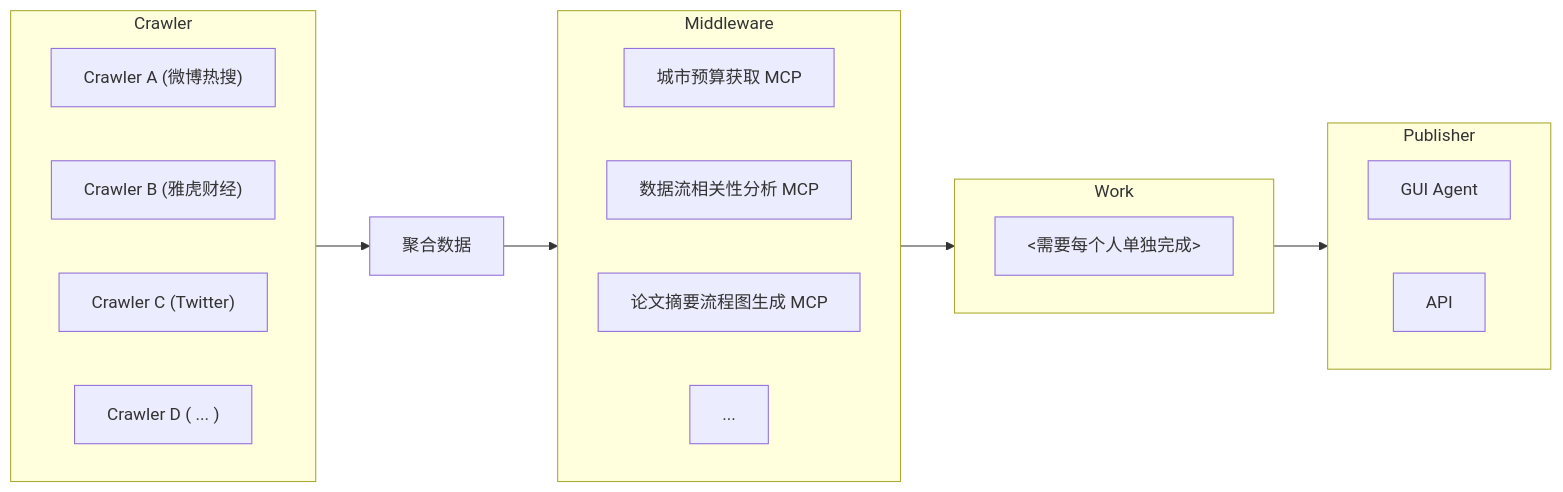
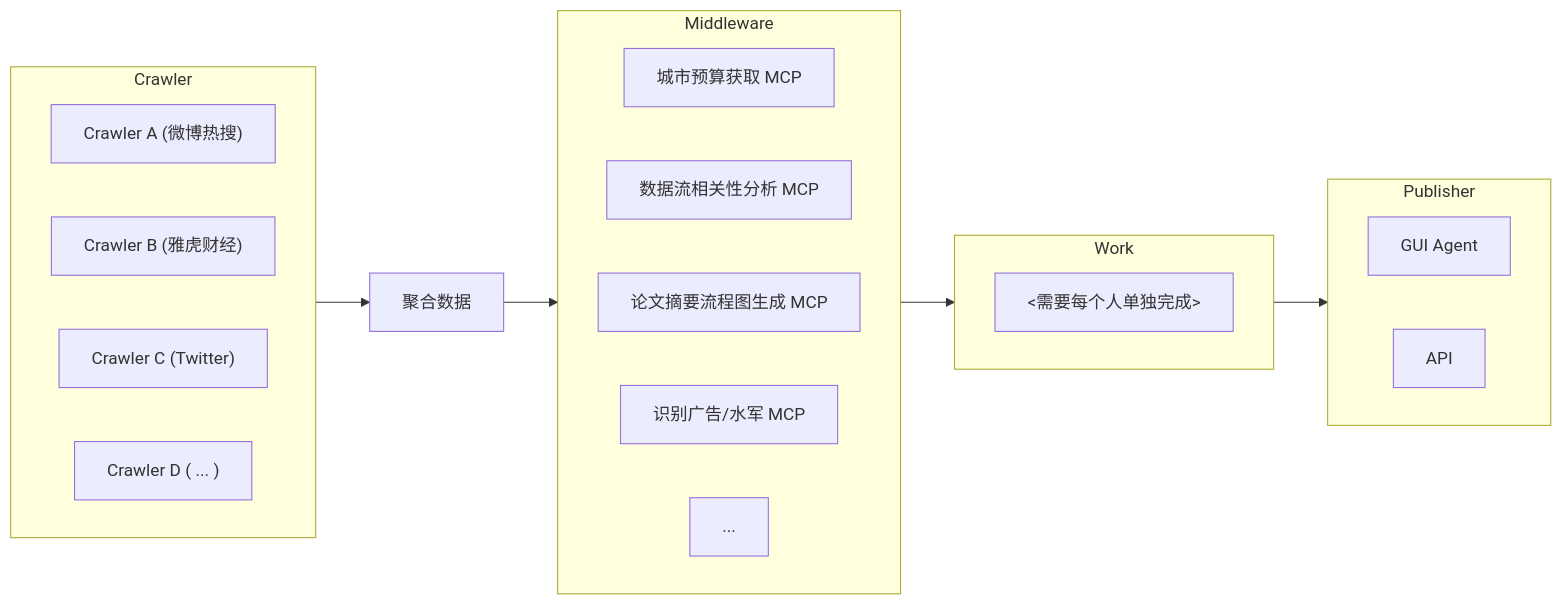
One commit to CHB-learner/Practise-Agent-Kits changed the diagram in README.md. Above: the diagram before and after it, drawn with Mermaid.

````diff
--- a/README.md
+++ b/README.md
@@ -11,37 +11,37 @@
 ```mermaid
 flowchart LR
     subgraph Crawlers["Crawler"]
         direction LR
         A1["Crawler A (微博热搜)"]
         A2["Crawler B (雅虎财经)"]
         A3["Crawler C (Twitter)"]
         A4["Crawler D ( ... )"]
     end
 
     %% --- 中间层 ---
     subgraph Middleware["Middleware"]
         direction LR
         C1["城市预算获取 MCP"]
         C2["数据流相关性分析 MCP"]
         C3["论文摘要流程图生成 MCP"]
         C4["识别广告/水军 MCP"]
-        C4["..."]
+        C5["..."]
     end
 
     %% --- 发布层 ---
     subgraph Publisher["Publisher"]
         direction LR
         P1["GUI Agent"]
         P2["API"]
     end
 
     subgraph Work["Work"]
         direction LR
         W1[" <需要每个人单独完成> "]
     end
 
 
     Crawlers --> DB1["聚合数据"] --> Middleware
 
     Middleware --> Work --> Publisher
 ```
````
